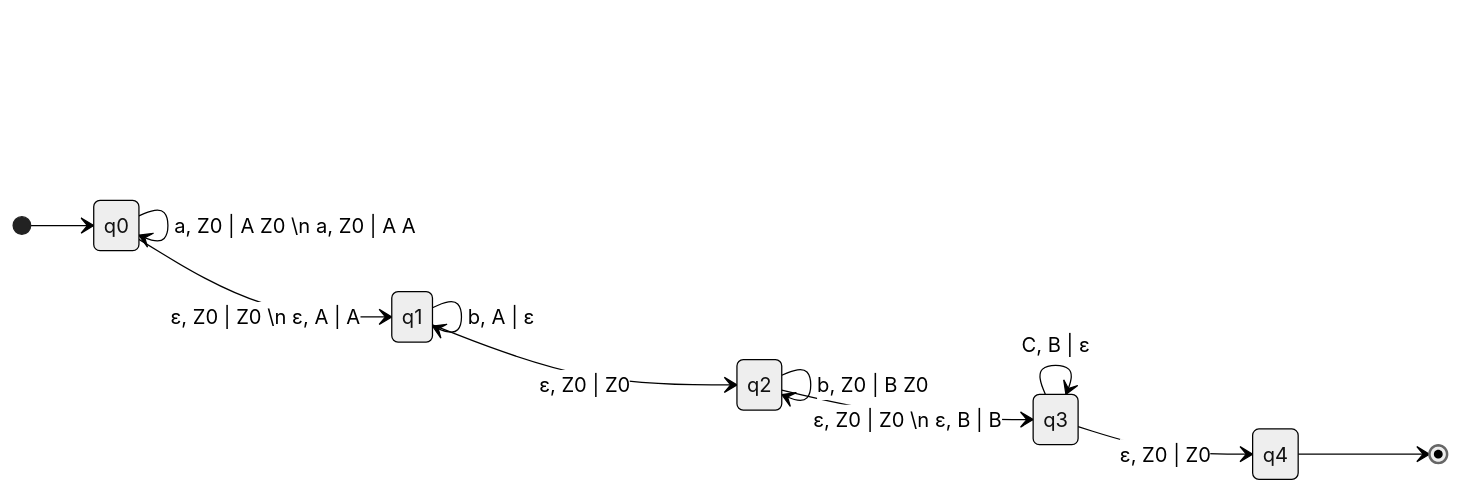
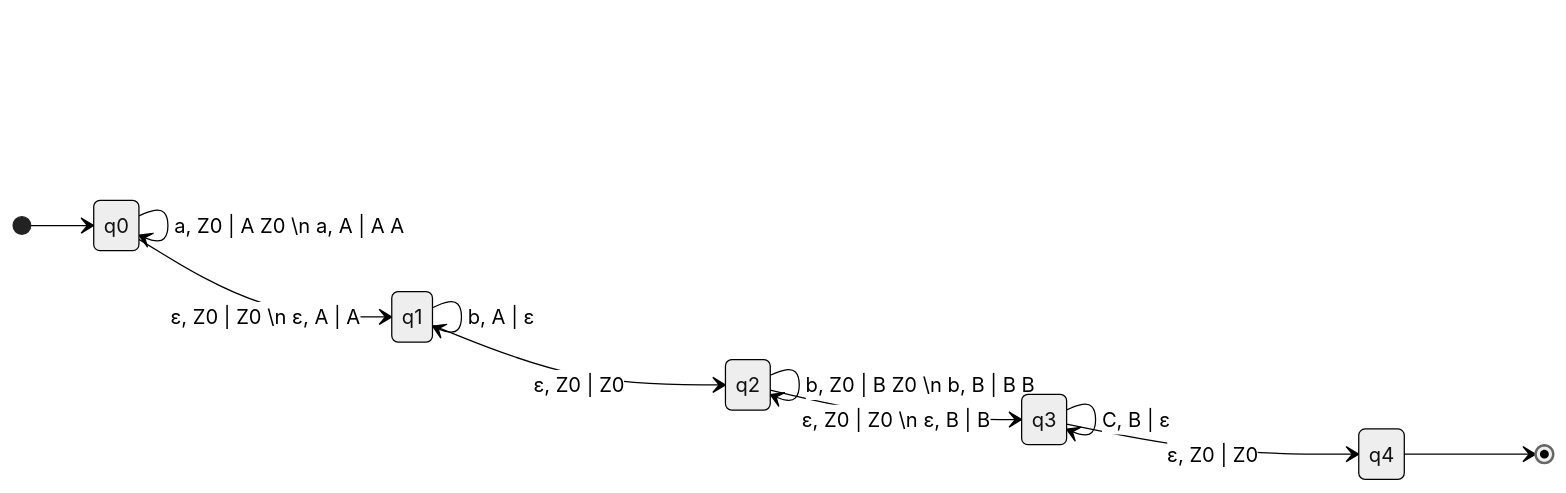
The fifth of 9 diagrams in Theoretical Computer Science/Exercises.md (lxinininin/polimi-notes), drawn with Mermaid (neutral theme) before and after one commit. The commit also changed other lines of this file, not shown here.

````diff
--- a/Theoretical Computer Science/Exercises.md
+++ b/Theoretical Computer Science/Exercises.md
@@ -58,14 +150,14 @@
 ```mermaid
 stateDiagram
 		direction LR
 		[*] --> q0
-		q0 --> q0 : a, Z0 | A Z0 \n a, Z0 | A A
+		q0 --> q0 : a, Z0 | A Z0 \n a, A | A A
     q0 --> q1 : ε, Z0 | Z0 \n  ε, A | A
     q1 --> q1 : b, A | ε
     q1 --> q2 : ε, Z0 | Z0
-    q2 --> q2 : b, Z0 | B Z0
+    q2 --> q2 : b, Z0 | B Z0 \n b, B | B B
     q2 --> q3 : ε, Z0 | Z0 \n ε, B | B
     q3 --> q3 : C, B | ε
     q3 --> q4 : ε, Z0 | Z0
     q4 --> [*]
 ```
````
